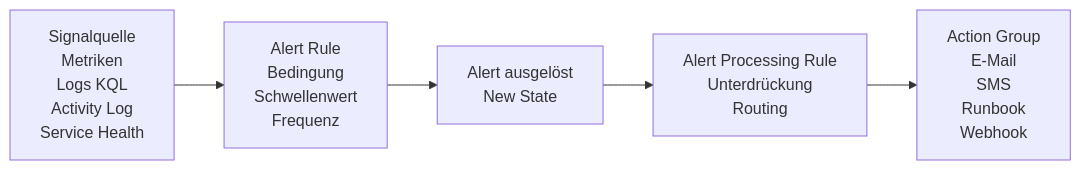
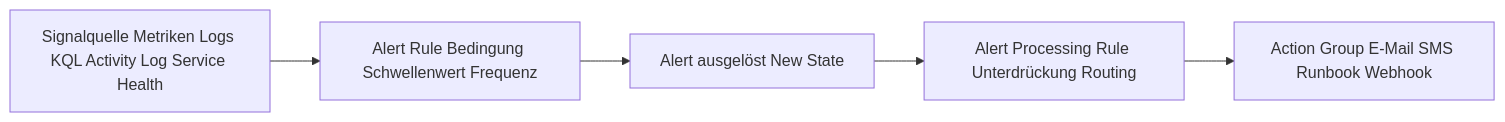
Before and after one commit to SoniiiT/notes-n-docs: the first of 4 diagrams in Microsoft 365/Azure/Monitor und Management/Azure Alerts.md, drawn with Mermaid. The commit also changed other lines of this file and 124 other files, not shown here.

First line of the commit message:
fix: Entferne \n aus allen Mermaid-Diagrammen (125 Dateien)

````diff
--- a/Microsoft 365/Azure/Monitor und Management/Azure Alerts.md
+++ b/Microsoft 365/Azure/Monitor und Management/Azure Alerts.md
@@ -25,13 +25,13 @@
 ```mermaid
 graph LR
-    Signal["Signalquelle\nMetriken\nLogs KQL\nActivity Log\nService Health"]
-    Rule["Alert Rule\nBedingung\nSchwellenwert\nFrequenz"]
-    Fired["Alert ausgelöst\nNew State"]
-    AG["Action Group\nE-Mail\nSMS\nRunbook\nWebhook"]
-    APR["Alert Processing Rule\nUnterdrückung\nRouting"]
+    Signal["Signalquelle Metriken Logs KQL Activity Log Service Health"]
+    Rule["Alert Rule Bedingung Schwellenwert Frequenz"]
+    Fired["Alert ausgelöst New State"]
+    AG["Action Group E-Mail SMS Runbook Webhook"]
+    APR["Alert Processing Rule Unterdrückung Routing"]
 
     Signal --> Rule
     Rule --> Fired
     Fired --> APR
     APR --> AG
 ```
````
